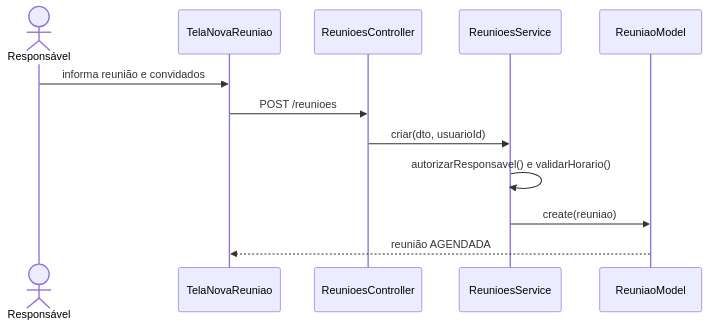
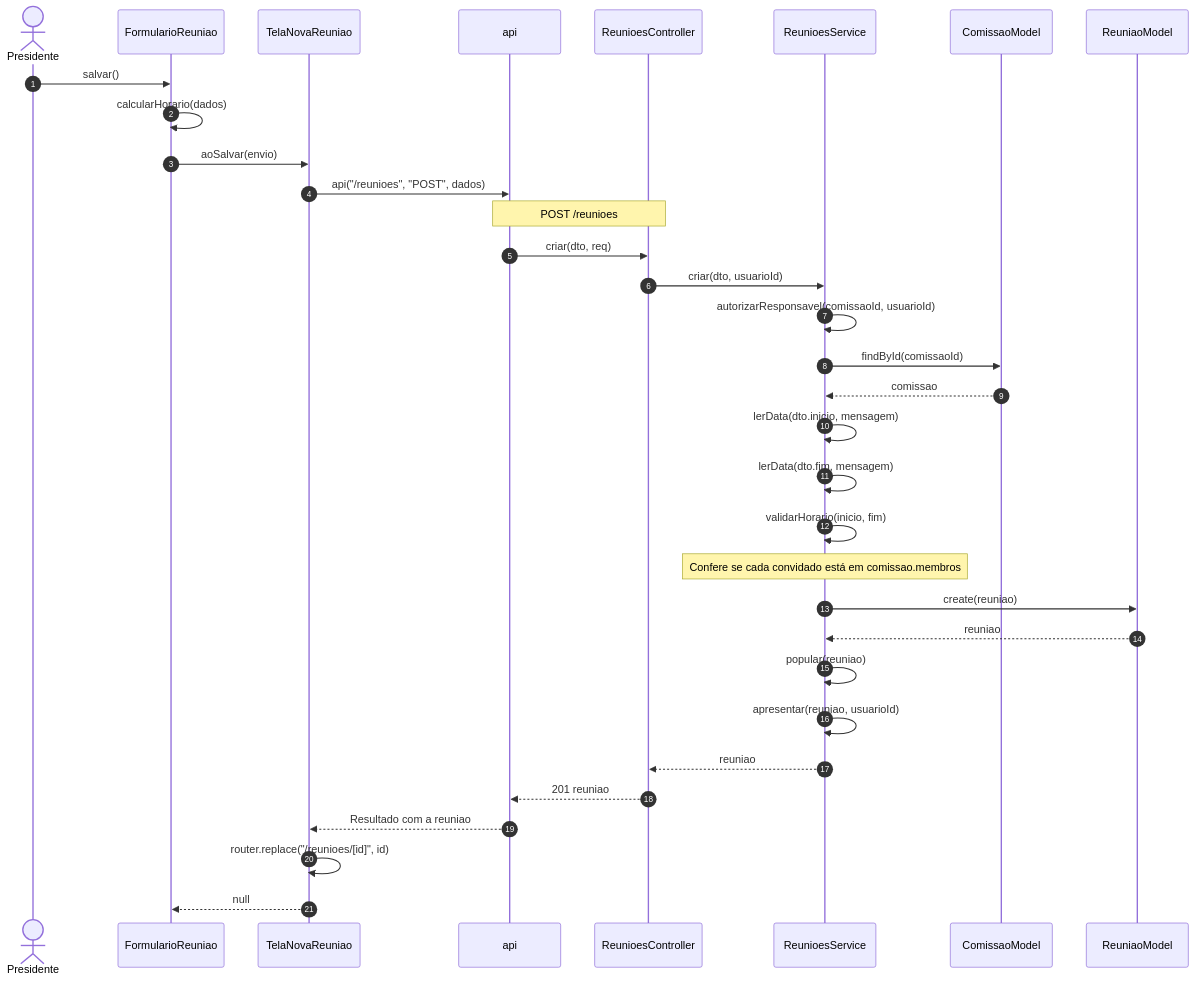
One commit to Conecta-IFSP/DOCUMENTATION changed the first of 13 diagrams in 3 - Incremento2/reunioes/6 - diagramas-sequencia-reunioes.md. Above: the diagram before and after it, drawn with Mermaid. The commit also changed other lines of this file and 26 other files, not shown here.

````diff
--- a/3 - Incremento2/reunioes/6 - diagramas-sequencia-reunioes.md
+++ b/3 - Incremento2/reunioes/6 - diagramas-sequencia-reunioes.md
@@ -11,14 +13,35 @@
 ```mermaid
 sequenceDiagram
-    actor U as Responsável
-    participant T as TelaNovaReuniao
+    autonumber
+    actor U as Presidente
+    participant F as FormularioReuniao
+    participant N as TelaNovaReuniao
+    participant A as api
     participant C as ReunioesController
     participant S as ReunioesService
+    participant CM as ComissaoModel
     participant M as ReuniaoModel
-    U->>T: informa reunião e convidados
-    T->>C: POST /reunioes
+    U->>F: salvar()
+    F->>F: calcularHorario(dados)
+    F->>N: aoSalvar(envio)
+    N->>A: api("/reunioes", "POST", dados)
+    Note over A,C: POST /reunioes
+    A->>C: criar(dto, req)
     C->>S: criar(dto, usuarioId)
-    S->>S: autorizarResponsavel() e validarHorario()
+    S->>S: autorizarResponsavel(comissaoId, usuarioId)
+    S->>CM: findById(comissaoId)
+    CM-->>S: comissao
+    S->>S: lerData(dto.inicio, mensagem)
+    S->>S: lerData(dto.fim, mensagem)
+    S->>S: validarHorario(inicio, fim)
+    Note over S: Confere se cada convidado está em comissao.membros
     S->>M: create(reuniao)
-    M-->>T: reunião AGENDADA
+    M-->>S: reuniao
+    S->>S: popular(reuniao)
+    S->>S: apresentar(reuniao, usuarioId)
+    S-->>C: reuniao
+    C-->>A: 201 reuniao
+    A-->>N: Resultado com a reuniao
+    N->>N: router.replace("/reunioes/[id]", id)
+    N-->>F: null
 ```
````
